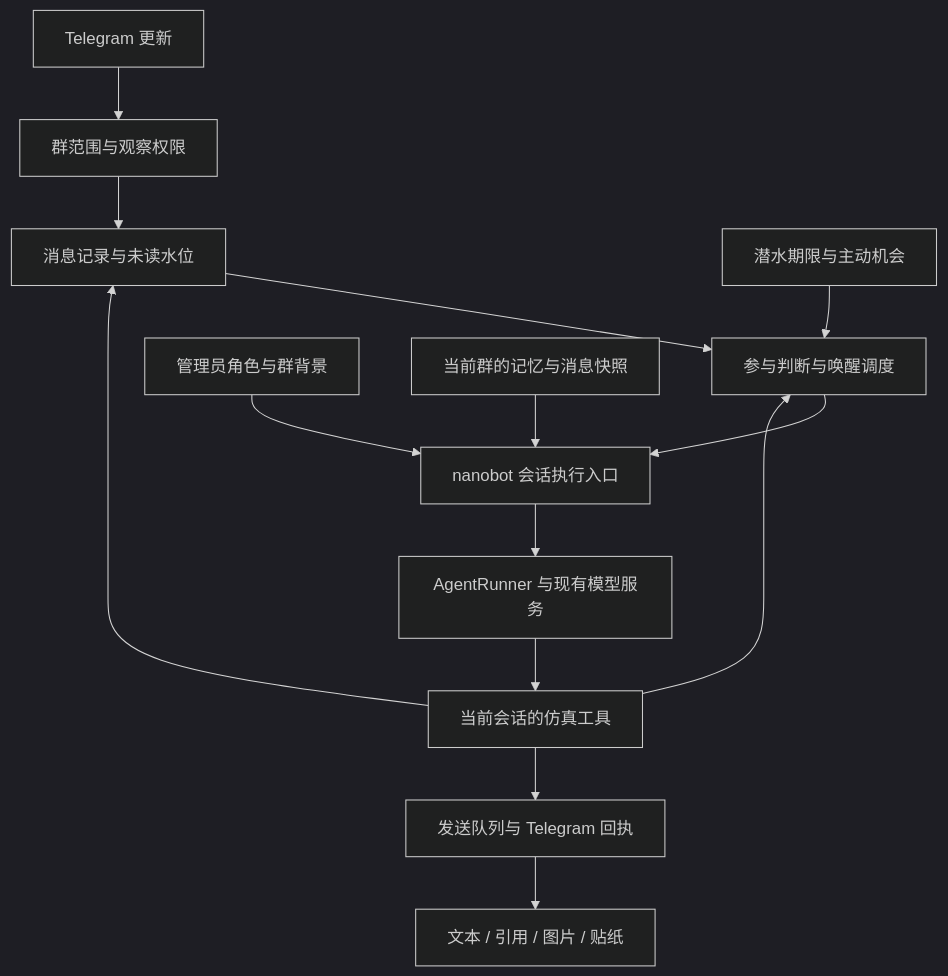
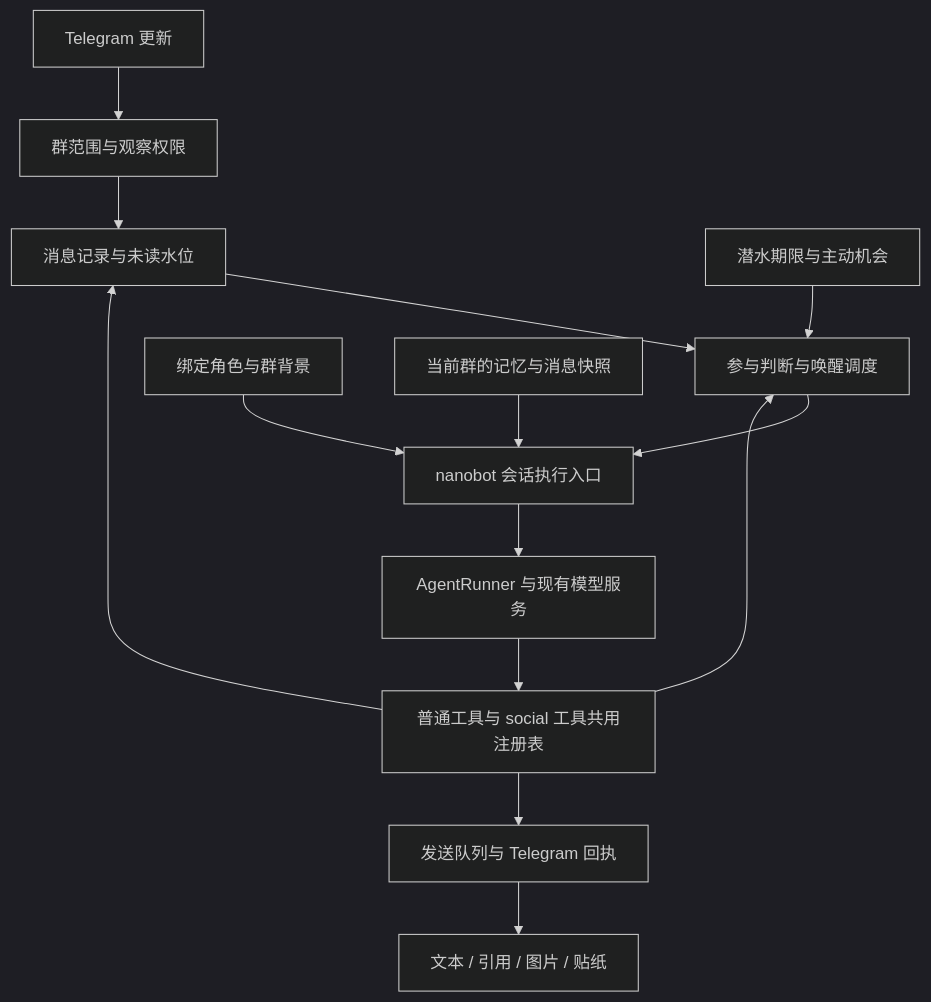
One commit to FayeValentina/nanobot-bridge-tg changed the diagram in MIGRATION_PLAN.md. Above: the diagram before and after it, drawn with Mermaid (dark theme). The commit also changed other lines of this file and 3 other files, not shown here.

````diff
--- a/MIGRATION_PLAN.md
+++ b/MIGRATION_PLAN.md
@@ -92,16 +95,16 @@
 ```mermaid
 flowchart TD
     TG[Telegram 更新] --> ACL[群范围与观察权限]
     ACL --> STORE[消息记录与未读水位]
     STORE --> WAKE[参与判断与唤醒调度]
     TIMER[潜水期限与主动机会] --> WAKE
     WAKE --> ENTRY[nanobot 会话执行入口]
-    ROLE[管理员角色与群背景] --> ENTRY
+    ROLE[绑定角色与群背景] --> ENTRY
     MEM[当前群的记忆与消息快照] --> ENTRY
     ENTRY --> AGENT[AgentRunner 与现有模型服务]
-    AGENT --> TOOLS[当前会话的仿真工具]
+    AGENT --> TOOLS[普通工具与 social 工具共用注册表]
     TOOLS --> STORE
     TOOLS --> WAKE
     TOOLS --> OUT[发送队列与 Telegram 回执]
     OUT --> TGOUT[文本 / 引用 / 图片 / 贴纸]
 ```
````
